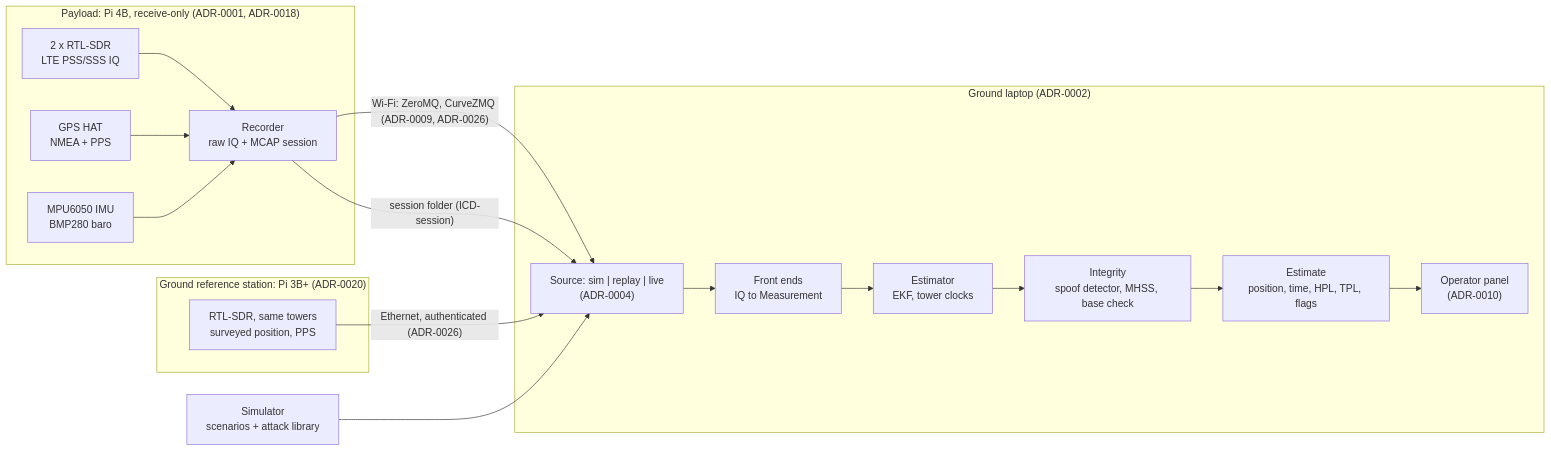
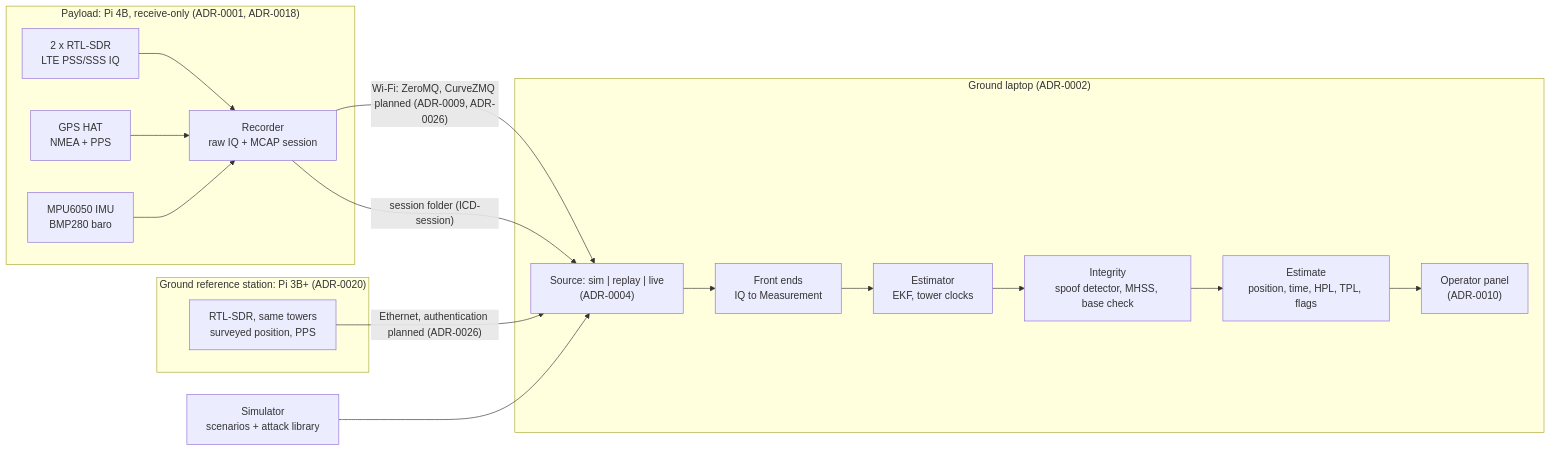
The diagram in systems/architecture.md (mdevstudentcu/SEAN), drawn with Mermaid before and after one commit. The commit also changed other lines of this file and 2 other files, not shown here.

````diff
--- a/systems/architecture.md
+++ b/systems/architecture.md
@@ -26,28 +26,28 @@
 ```mermaid
 flowchart LR
   subgraph PAY["Payload: Pi 4B, receive-only (ADR-0001, ADR-0018)"]
     SDR["2 x RTL-SDR<br/>LTE PSS/SSS IQ"]
     GPS["GPS HAT<br/>NMEA + PPS"]
     SENS["MPU6050 IMU<br/>BMP280 baro"]
     REC["Recorder<br/>raw IQ + MCAP session"]
     SDR --> REC
     GPS --> REC
     SENS --> REC
   end
   subgraph BASE["Ground reference station: Pi 3B+ (ADR-0020)"]
     BSDR["RTL-SDR, same towers<br/>surveyed position, PPS"]
   end
   subgraph GND["Ground laptop (ADR-0002)"]
     SRC["Source: sim | replay | live<br/>(ADR-0004)"]
     FE["Front ends<br/>IQ to Measurement"]
     NAV["Estimator<br/>EKF, tower clocks"]
     INT["Integrity<br/>spoof detector, MHSS, base check"]
     OUT["Estimate<br/>position, time, HPL, TPL, flags"]
     DASH["Operator panel<br/>(ADR-0010)"]
     SRC --> FE --> NAV --> INT --> OUT --> DASH
   end
-  REC -- "Wi-Fi: ZeroMQ, CurveZMQ (ADR-0009, ADR-0026)" --> SRC
+  REC -- "Wi-Fi: ZeroMQ, CurveZMQ planned (ADR-0009, ADR-0026)" --> SRC
   REC -- "session folder (ICD-session)" --> SRC
-  BSDR -- "Ethernet, authenticated (ADR-0026)" --> SRC
+  BSDR -- "Ethernet, authentication planned (ADR-0026)" --> SRC
   SIM["Simulator<br/>scenarios + attack library"] --> SRC
 ```
````
